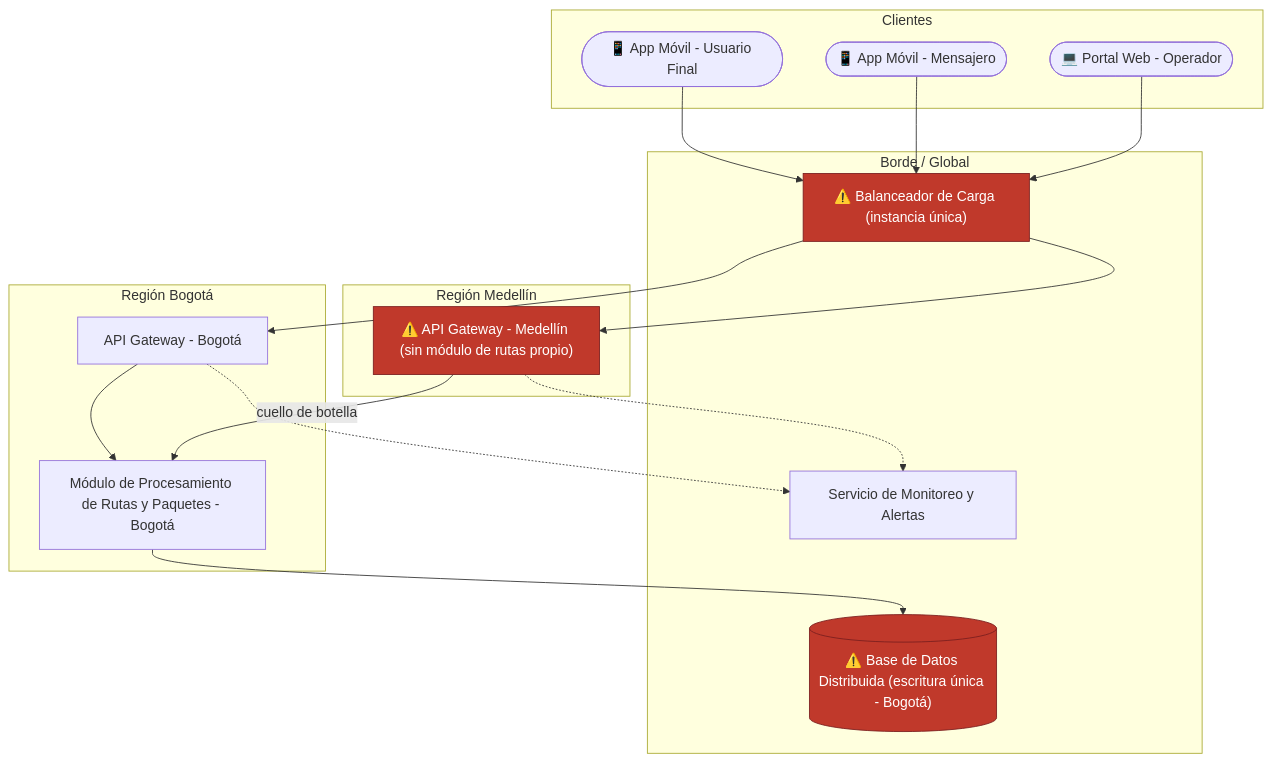
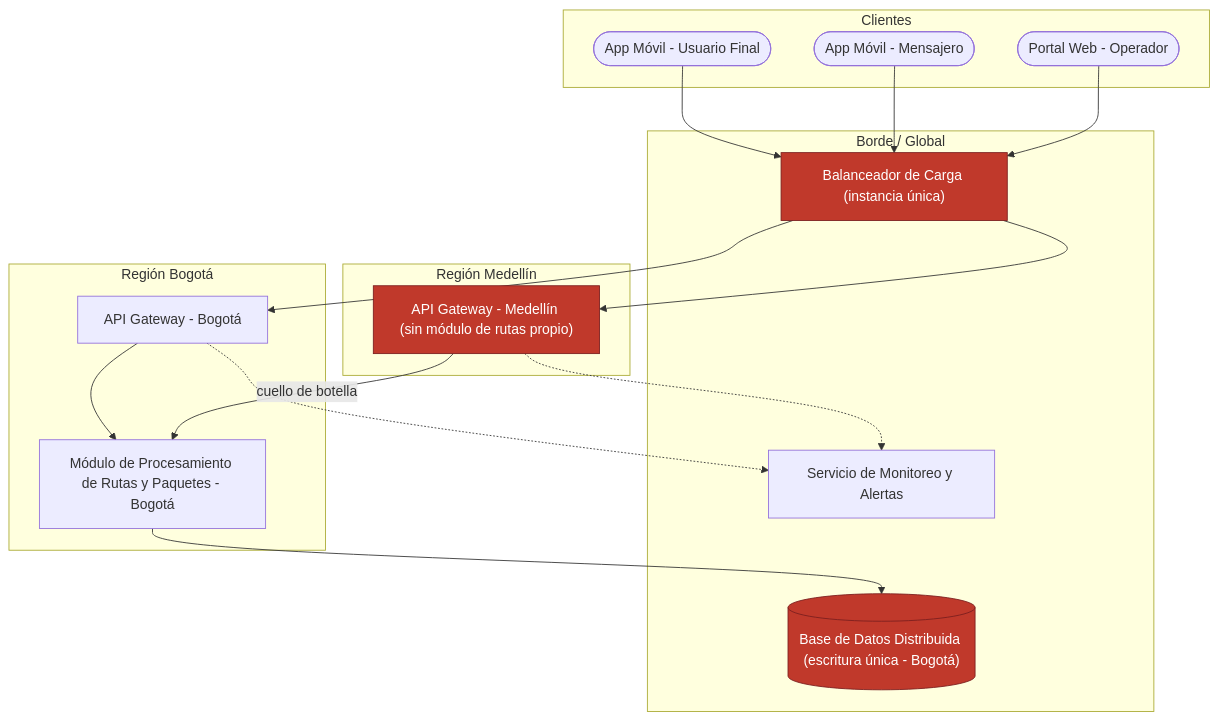
Before and after one commit to CesarAVegaF312/AREM-Taller_4_Infraestructura: the sixth of 7 diagrams in clase/guia_paso_a_paso_infraestructura.md, drawn with Mermaid. The commit also changed other lines of this file and 5 other files, not shown here.

````diff
--- a/clase/guia_paso_a_paso_infraestructura.md
+++ b/clase/guia_paso_a_paso_infraestructura.md
@@ -179,37 +179,37 @@
 ```mermaid
 flowchart TD
     subgraph clientes["Clientes"]
-        usuario(["📱 App Móvil - Usuario Final"])
-        mensajero(["📱 App Móvil - Mensajero"])
-        operador(["💻 Portal Web - Operador"])
+        usuario(["App Móvil - Usuario Final"])
+        mensajero(["App Móvil - Mensajero"])
+        operador(["Portal Web - Operador"])
     end
 
     subgraph borde["Borde / Global"]
-        lb["⚠️ Balanceador de Carga (instancia única)"]
+        lb["Balanceador de Carga (instancia única)"]
         monitor["Servicio de Monitoreo y Alertas"]
-        db[("⚠️ Base de Datos Distribuida (escritura única - Bogotá)")]
+        db[("Base de Datos Distribuida (escritura única - Bogotá)")]
     end
 
     subgraph bogota["Región Bogotá"]
         gwbog["API Gateway - Bogotá"]
         rutasbog["Módulo de Procesamiento de Rutas y Paquetes - Bogotá"]
     end
 
     subgraph medellin["Región Medellín"]
-        gwmed["⚠️ API Gateway - Medellín (sin módulo de rutas propio)"]
+        gwmed["API Gateway - Medellín (sin módulo de rutas propio)"]
     end
 
     usuario --> lb
     mensajero --> lb
     operador --> lb
     lb --> gwbog
     lb --> gwmed
     gwbog --> rutasbog
     gwmed -->|"cuello de botella"| rutasbog
     rutasbog --> db
     gwbog -.-> monitor
     gwmed -.-> monitor
 
     classDef risk fill:#c0392b,color:#fff,stroke:#7b1f1f;
     class lb,db,gwmed risk
 ```
````
